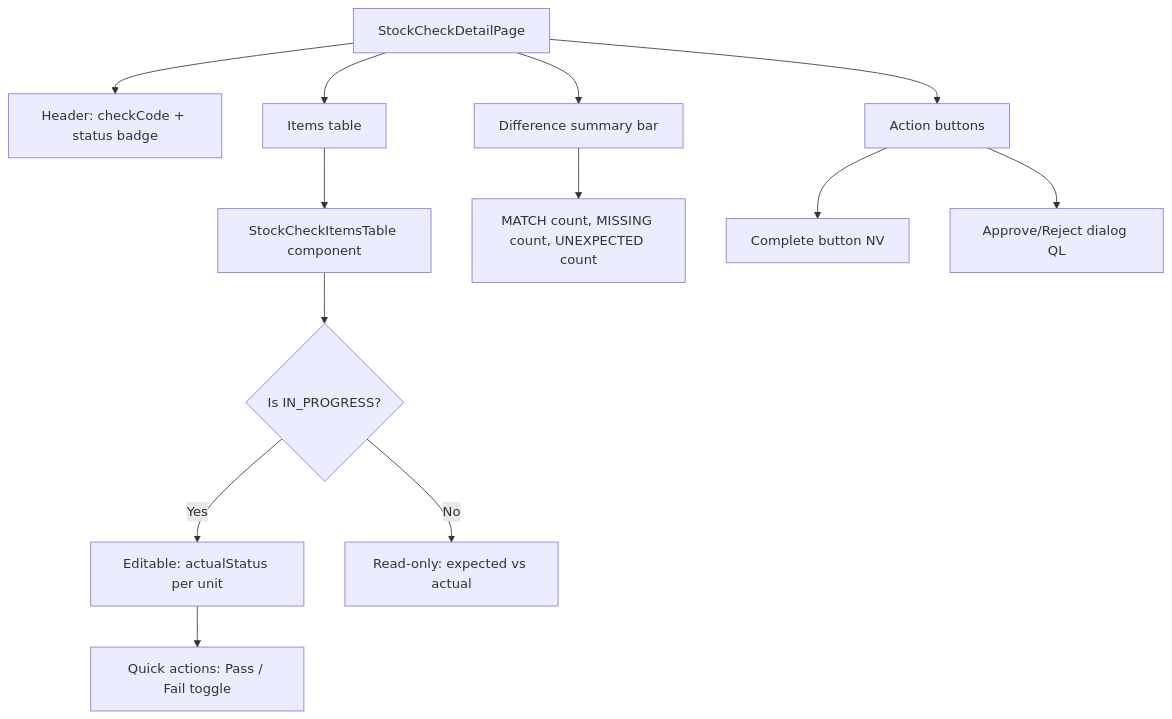
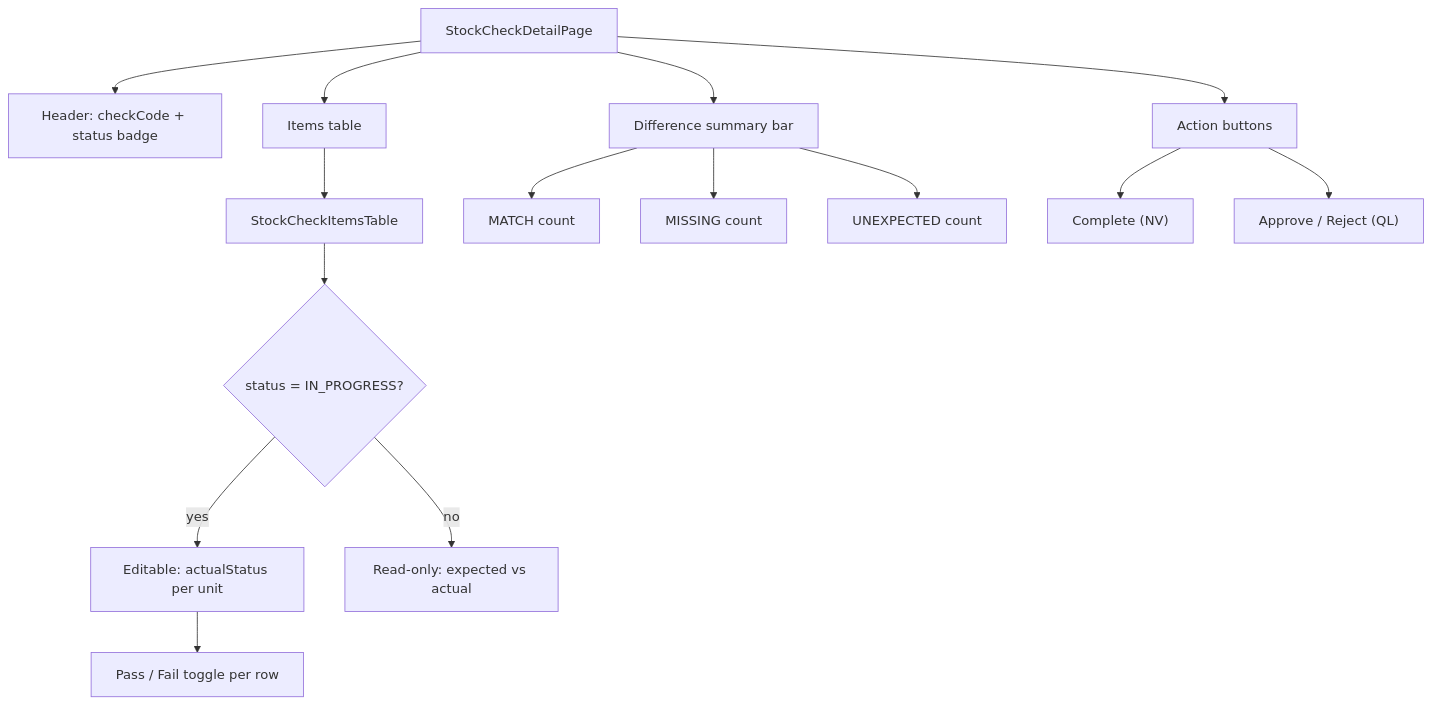
One commit to Java-Inventory-Management-System/Projects changed the first of 2 diagrams in docs/flows/fe/04-stock-check-flow.md. Above: the diagram before and after it, drawn with Mermaid. The commit also changed 3 other files, not shown here.

Commit message:
docs: reorganise FE mermaid diagrams — clean subgraph layout, fix cross-references

````diff
--- a/docs/flows/fe/04-stock-check-flow.md
+++ b/docs/flows/fe/04-stock-check-flow.md
@@ -38,15 +38,21 @@
 ```mermaid
 graph TD
-    A[StockCheckDetailPage] --> B[Header: checkCode + status badge]
+    A[StockCheckDetailPage]
+    A --> B[Header: checkCode + status badge]
+
     A --> C[Items table]
-    C --> D[StockCheckItemsTable component]
-    D --> E{Is IN_PROGRESS?}
-    E -->|Yes| F[Editable: actualStatus per unit]
-    E -->|No| G[Read-only: expected vs actual]
-    F --> H[Quick actions: Pass / Fail toggle]
+    C --> D[StockCheckItemsTable]
+    D --> E{status = IN_PROGRESS?}
+    E -->|yes| F[Editable: actualStatus per unit]
+    E -->|no| G[Read-only: expected vs actual]
+    F --> H[Pass / Fail toggle per row]
+
     A --> I[Difference summary bar]
-    I --> J[MATCH count, MISSING count, UNEXPECTED count]
+    I --> J1[MATCH count]
+    I --> J2[MISSING count]
+    I --> J3[UNEXPECTED count]
+
     A --> K[Action buttons]
-    K --> L[Complete button NV]
-    K --> M[Approve/Reject dialog QL]
+    K --> L["Complete (NV)"]
+    K --> M["Approve / Reject (QL)"]
 ```
````
